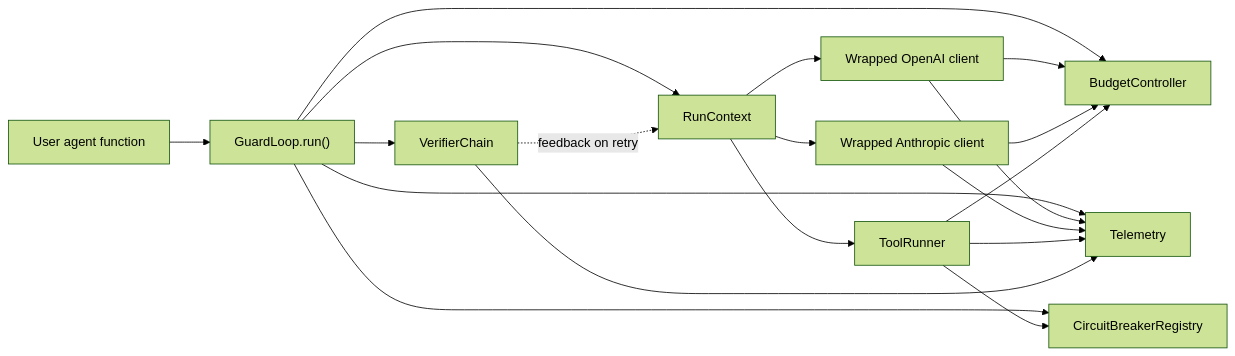
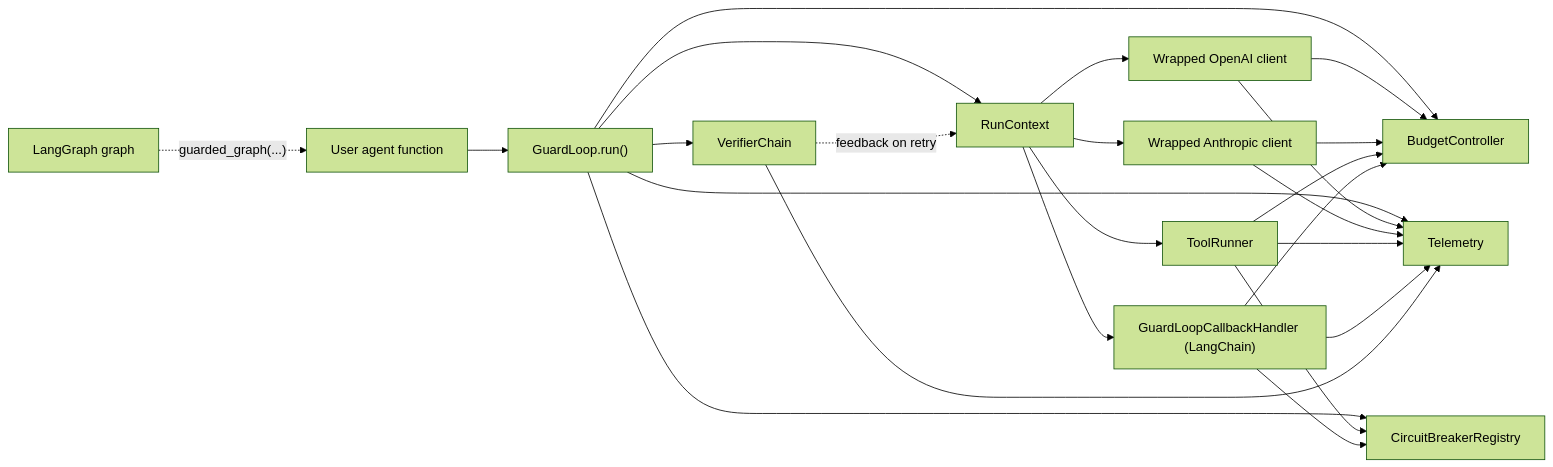
Before and after one commit to awesome-pro/guardloop: the diagram in docs/project-overview.md, drawn with Mermaid (forest theme). The commit also changed other lines of this file and 15 other files, not shown here.

````diff
--- a/docs/project-overview.md
+++ b/docs/project-overview.md
@@ -330,21 +383,26 @@
 ```mermaid
 flowchart LR
+    LG["LangGraph graph"] -. "guarded_graph(...)" .-> A
     A["User agent function"] --> R["GuardLoop.run()"]
     R --> C["RunContext"]
     R --> B["BudgetController"]
     R --> CB["CircuitBreakerRegistry"]
     R --> V["VerifierChain"]
     R --> T["Telemetry"]
     C --> O["Wrapped OpenAI client"]
     C --> AN["Wrapped Anthropic client"]
     C --> TO["ToolRunner"]
+    C --> H["GuardLoopCallbackHandler (LangChain)"]
     O --> B
     AN --> B
     TO --> B
     TO --> CB
+    H --> B
+    H --> CB
     O --> T
     AN --> T
     TO --> T
+    H --> T
     V --> T
     V -. "feedback on retry" .-> C
 ```
````
